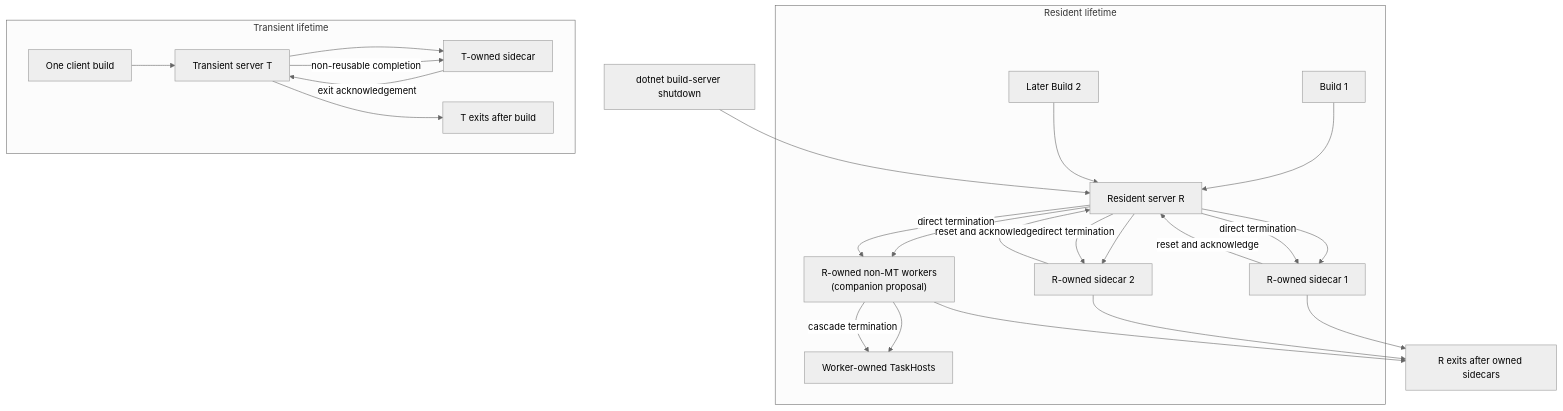
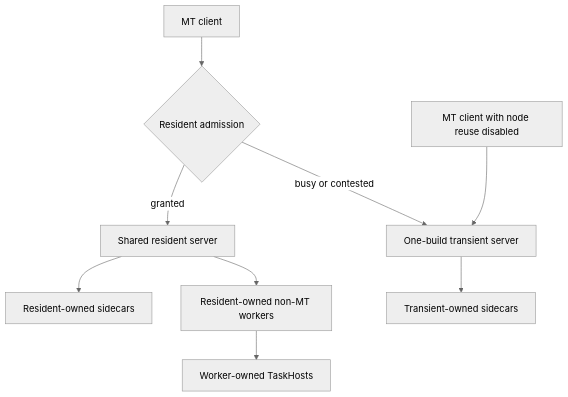
The diagram in documentation/specs/multithreading/mt-server-sidecar-ownership.md (dotnet/msbuild), drawn with Mermaid (neutral theme) before and after one commit. The commit also changed other lines of this file and 1 other file, not shown here.

First line of the commit message:
Condense server ownership specs

````diff
--- a/documentation/specs/multithreading/mt-server-sidecar-ownership.md
+++ b/documentation/specs/multithreading/mt-server-sidecar-ownership.md
@@ -253,30 +45,12 @@
 ```mermaid
 flowchart TB
-    subgraph ResidentLifetime["Resident lifetime"]
-        R["Resident server R"] --> RS1["R-owned sidecar 1"]
-        R --> RS2["R-owned sidecar 2"]
-        R --> RW["R-owned non-MT workers<br/>(companion proposal)"]
-        RW --> RWS["Worker-owned TaskHosts"]
-        RB1["Build 1"] --> R
-        RB2["Later Build 2"] --> R
-        RS1 -->|reset and acknowledge| R
-        RS2 -->|reset and acknowledge| R
-    end
+    MT["MT client"] --> A{"Resident admission"}
+    A -->|granted| R["Shared resident server"]
+    A -->|busy or contested| T["One-build transient server"]
+    NR["MT client with node reuse disabled"] --> T
 
-    subgraph TransientLifetime["Transient lifetime"]
-        T["Transient server T"] --> TS1["T-owned sidecar"]
-        TB["One client build"] --> T
-        T -->|non-reusable completion| TS1
-        TS1 -->|exit acknowledgement| T
-        T --> TE["T exits after build"]
-    end
-
-    X["dotnet build-server shutdown"] --> R
-    R -->|direct termination| RS1
-    R -->|direct termination| RS2
-    R -->|direct termination| RW
-    RW -->|cascade termination| RWS
-    RS1 --> RX["R exits after owned sidecars"]
-    RS2 --> RX
-    RW --> RX
+    R --> RS["Resident-owned sidecars"]
+    T --> TS["Transient-owned sidecars"]
+    R --> RW["Resident-owned non-MT workers"]
+    RW --> RWT["Worker-owned TaskHosts"]
 ```
````
